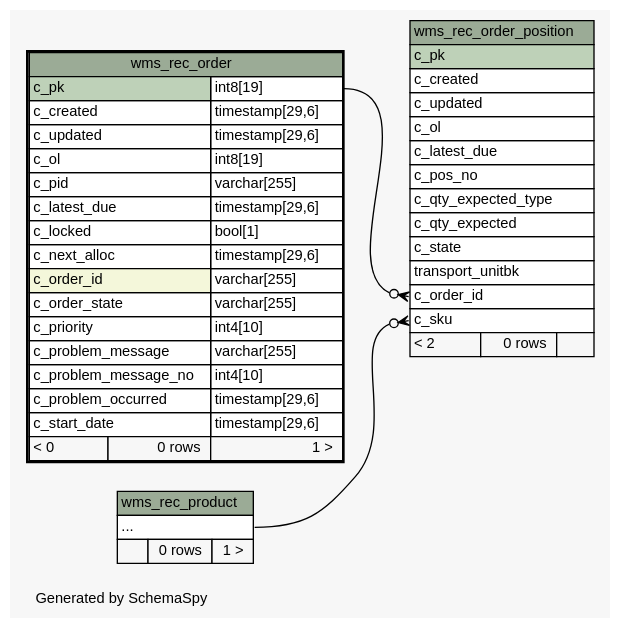
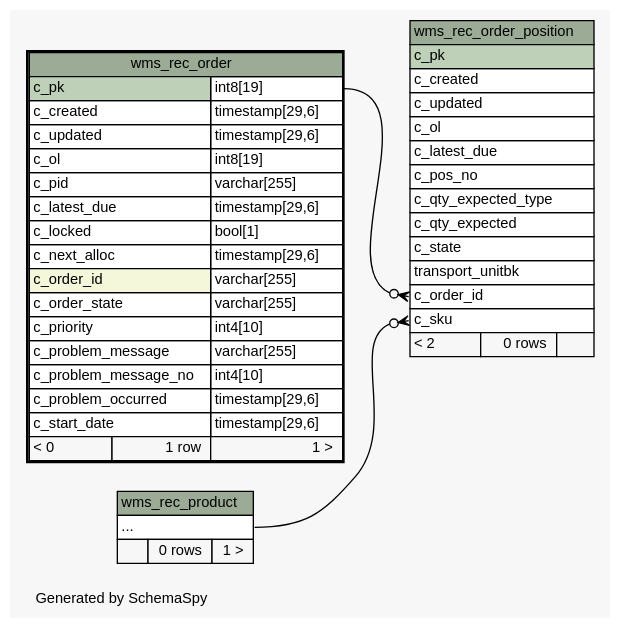
Before and after one commit to openwms/org.openwms.wms.receiving.lib: the diagram in schemaspy/diagrams/wms_rec_order.2degrees.dot, drawn with Graphviz. The commit also changed 163 other files, not shown here.

```diff
--- a/schemaspy/diagrams/wms_rec_order.2degrees.dot
+++ b/schemaspy/diagrams/wms_rec_order.2degrees.dot
@@ -1,79 +1,79 @@
 // dot 2.36.0 on Linux 4.4.0-101-generic
 // SchemaSpy rev Unknown
 digraph "twoDegreesRelationshipsDiagram" {
   graph [
     rankdir="RL"
     bgcolor="#f7f7f7"
     label="\nGenerated by SchemaSpy"
     labeljust="l"
     nodesep="0.18"
     ranksep="0.46"
     fontname="Helvetica"
     fontsize="11"
   ];
   node [
     fontname="Helvetica"
     fontsize="11"
     shape="plaintext"
   ];
   edge [
     arrowsize="0.8"
   ];
   "wms_rec_order_position":"c_order_id":w -> "wms_rec_order":"c_pk.type":e [arrowhead=none dir=back arrowtail=crowodot];
   "wms_rec_order_position":"c_sku":w -> "wms_rec_product":"elipses":e [arrowhead=none dir=back arrowtail=crowodot];
   "wms_rec_order" [
     label=<
     <TABLE BORDER="2" CELLBORDER="1" CELLSPACING="0" BGCOLOR="#ffffff">
       <TR><TD COLSPAN="3" BGCOLOR="#9bab96" ALIGN="CENTER">wms_rec_order</TD></TR>
       <TR><TD PORT="c_pk" COLSPAN="2" BGCOLOR="#bed1b8" ALIGN="LEFT">c_pk</TD><TD PORT="c_pk.type" ALIGN="LEFT">int8[19]</TD></TR>
       <TR><TD PORT="c_created" COLSPAN="2" ALIGN="LEFT">c_created</TD><TD PORT="c_created.type" ALIGN="LEFT">timestamp[29,6]</TD></TR>
       <TR><TD PORT="c_updated" COLSPAN="2" ALIGN="LEFT">c_updated</TD><TD PORT="c_updated.type" ALIGN="LEFT">timestamp[29,6]</TD></TR>
       <TR><TD PORT="c_ol" COLSPAN="2" ALIGN="LEFT">c_ol</TD><TD PORT="c_ol.type" ALIGN="LEFT">int8[19]</TD></TR>
       <TR><TD PORT="c_pid" COLSPAN="2" ALIGN="LEFT">c_pid</TD><TD PORT="c_pid.type" ALIGN="LEFT">varchar[255]</TD></TR>
       <TR><TD PORT="c_latest_due" COLSPAN="2" ALIGN="LEFT">c_latest_due</TD><TD PORT="c_latest_due.type" ALIGN="LEFT">timestamp[29,6]</TD></TR>
       <TR><TD PORT="c_locked" COLSPAN="2" ALIGN="LEFT">c_locked</TD><TD PORT="c_locked.type" ALIGN="LEFT">bool[1]</TD></TR>
       <TR><TD PORT="c_next_alloc" COLSPAN="2" ALIGN="LEFT">c_next_alloc</TD><TD PORT="c_next_alloc.type" ALIGN="LEFT">timestamp[29,6]</TD></TR>
       <TR><TD PORT="c_order_id" COLSPAN="2" BGCOLOR="#f4f7da" ALIGN="LEFT">c_order_id</TD><TD PORT="c_order_id.type" ALIGN="LEFT">varchar[255]</TD></TR>
       <TR><TD PORT="c_order_state" COLSPAN="2" ALIGN="LEFT">c_order_state</TD><TD PORT="c_order_state.type" ALIGN="LEFT">varchar[255]</TD></TR>
       <TR><TD PORT="c_priority" COLSPAN="2" ALIGN="LEFT">c_priority</TD><TD PORT="c_priority.type" ALIGN="LEFT">int4[10]</TD></TR>
       <TR><TD PORT="c_problem_message" COLSPAN="2" ALIGN="LEFT">c_problem_message</TD><TD PORT="c_problem_message.type" ALIGN="LEFT">varchar[255]</TD></TR>
       <TR><TD PORT="c_problem_message_no" COLSPAN="2" ALIGN="LEFT">c_problem_message_no</TD><TD PORT="c_problem_message_no.type" ALIGN="LEFT">int4[10]</TD></TR>
       <TR><TD PORT="c_problem_occurred" COLSPAN="2" ALIGN="LEFT">c_problem_occurred</TD><TD PORT="c_problem_occurred.type" ALIGN="LEFT">timestamp[29,6]</TD></TR>
       <TR><TD PORT="c_start_date" COLSPAN="2" ALIGN="LEFT">c_start_date</TD><TD PORT="c_start_date.type" ALIGN="LEFT">timestamp[29,6]</TD></TR>
-      <TR><TD ALIGN="LEFT" BGCOLOR="#f7f7f7">&lt; 0</TD><TD ALIGN="RIGHT" BGCOLOR="#f7f7f7">0 rows</TD><TD ALIGN="RIGHT" BGCOLOR="#f7f7f7">1 &gt;</TD></TR>
+      <TR><TD ALIGN="LEFT" BGCOLOR="#f7f7f7">&lt; 0</TD><TD ALIGN="RIGHT" BGCOLOR="#f7f7f7">1 row</TD><TD ALIGN="RIGHT" BGCOLOR="#f7f7f7">1 &gt;</TD></TR>
     </TABLE>>
     URL="wms_rec_order.html"
     tooltip="wms_rec_order"
   ];
   "wms_rec_order_position" [
     label=<
     <TABLE BORDER="0" CELLBORDER="1" CELLSPACING="0" BGCOLOR="#ffffff">
       <TR><TD COLSPAN="3" BGCOLOR="#9bab96" ALIGN="CENTER">wms_rec_order_position</TD></TR>
       <TR><TD PORT="c_pk" COLSPAN="3" BGCOLOR="#bed1b8" ALIGN="LEFT">c_pk</TD></TR>
       <TR><TD PORT="c_created" COLSPAN="3" ALIGN="LEFT">c_created</TD></TR>
       <TR><TD PORT="c_updated" COLSPAN="3" ALIGN="LEFT">c_updated</TD></TR>
       <TR><TD PORT="c_ol" COLSPAN="3" ALIGN="LEFT">c_ol</TD></TR>
       <TR><TD PORT="c_latest_due" COLSPAN="3" ALIGN="LEFT">c_latest_due</TD></TR>
       <TR><TD PORT="c_pos_no" COLSPAN="3" ALIGN="LEFT">c_pos_no</TD></TR>
       <TR><TD PORT="c_qty_expected_type" COLSPAN="3" ALIGN="LEFT">c_qty_expected_type</TD></TR>
       <TR><TD PORT="c_qty_expected" COLSPAN="3" ALIGN="LEFT">c_qty_expected</TD></TR>
       <TR><TD PORT="c_state" COLSPAN="3" ALIGN="LEFT">c_state</TD></TR>
       <TR><TD PORT="transport_unitbk" COLSPAN="3" ALIGN="LEFT">transport_unitbk</TD></TR>
       <TR><TD PORT="c_order_id" COLSPAN="3" ALIGN="LEFT">c_order_id</TD></TR>
       <TR><TD PORT="c_sku" COLSPAN="3" ALIGN="LEFT">c_sku</TD></TR>
       <TR><TD ALIGN="LEFT" BGCOLOR="#f7f7f7">&lt; 2</TD><TD ALIGN="RIGHT" BGCOLOR="#f7f7f7">0 rows</TD><TD ALIGN="RIGHT" BGCOLOR="#f7f7f7">  </TD></TR>
     </TABLE>>
     URL="wms_rec_order_position.html"
     tooltip="wms_rec_order_position"
   ];
   "wms_rec_product" [
     label=<
     <TABLE BORDER="0" CELLBORDER="1" CELLSPACING="0" BGCOLOR="#ffffff">
       <TR><TD COLSPAN="3" BGCOLOR="#9bab96" ALIGN="CENTER">wms_rec_product</TD></TR>
       <TR><TD PORT="elipses" COLSPAN="3" ALIGN="LEFT">...</TD></TR>
       <TR><TD ALIGN="LEFT" BGCOLOR="#f7f7f7">  </TD><TD ALIGN="RIGHT" BGCOLOR="#f7f7f7">0 rows</TD><TD ALIGN="RIGHT" BGCOLOR="#f7f7f7">1 &gt;</TD></TR>
     </TABLE>>
     URL="wms_rec_product.html"
     tooltip="wms_rec_product"
   ];
 }
```
